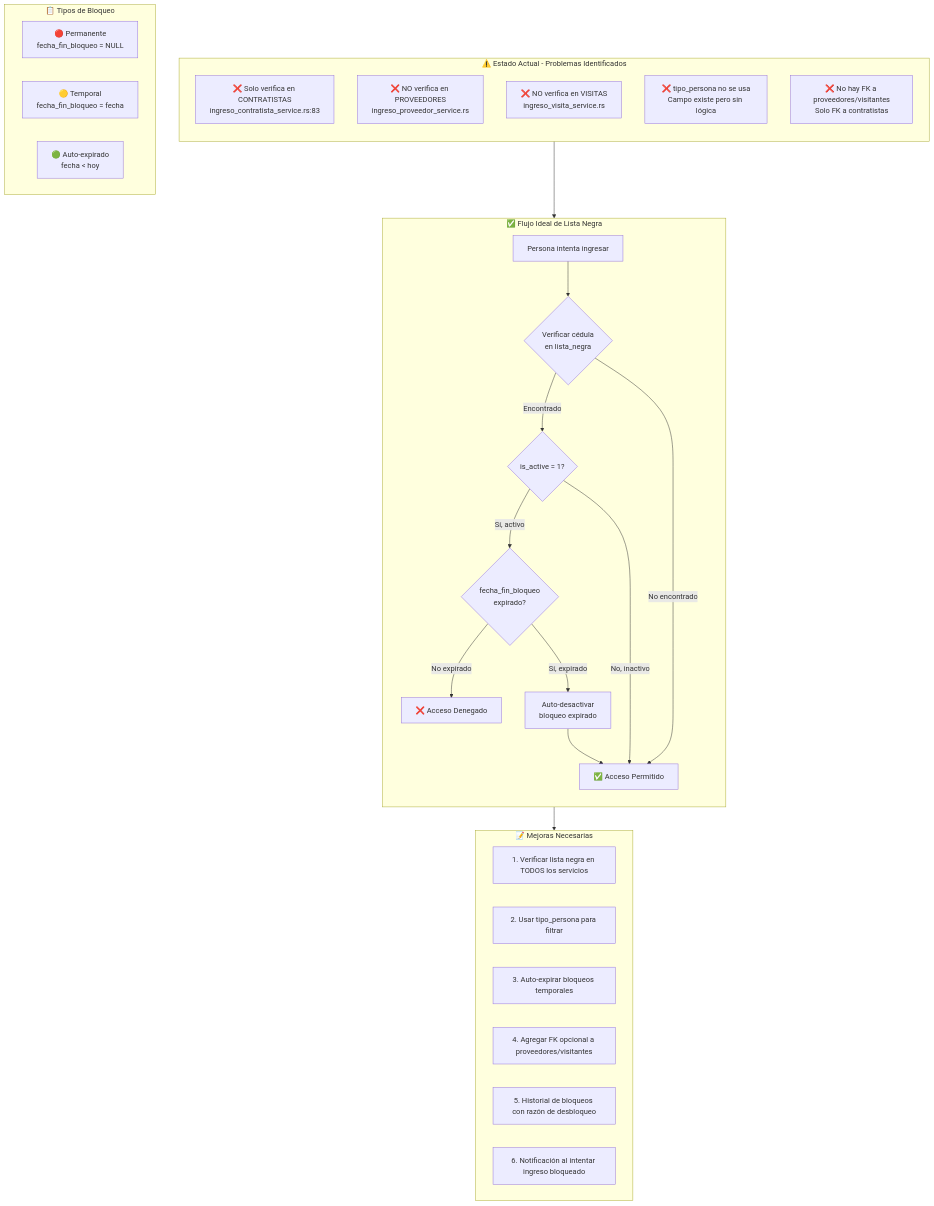
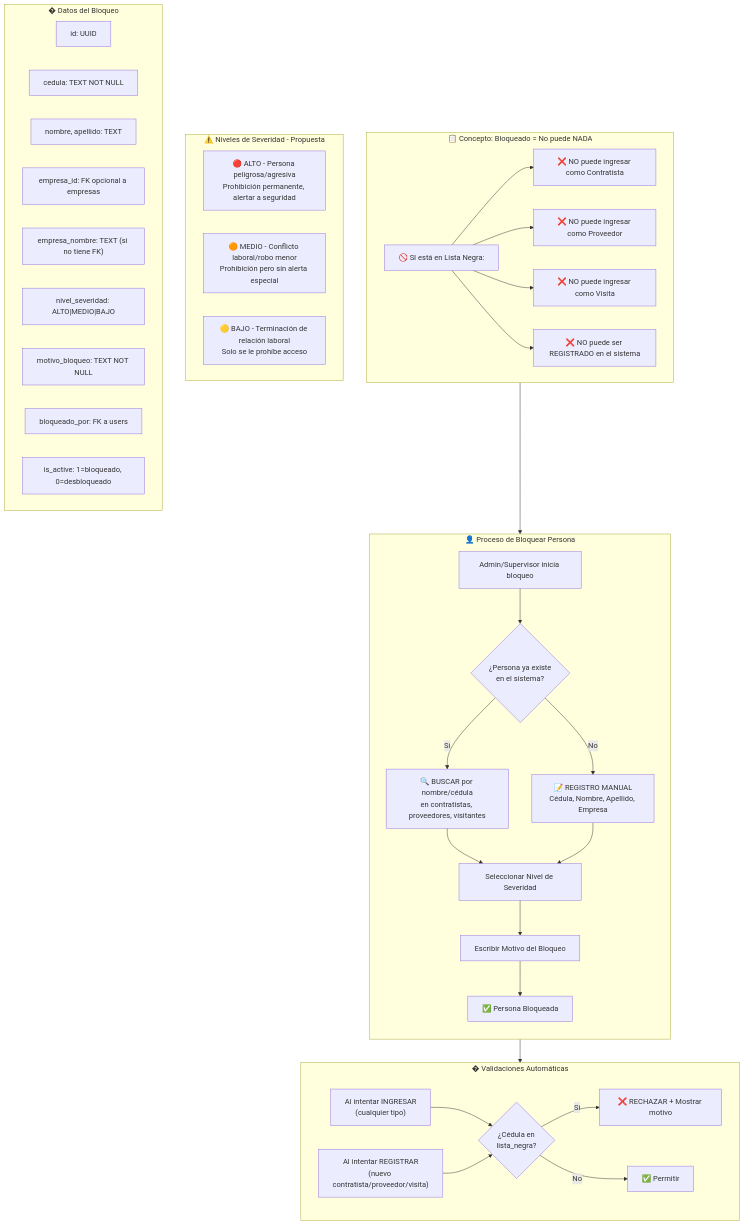
The diagram in docs/diagrams/07_flujo_lista_negra.mmd (DQM27/rust-brisas-app), drawn with Mermaid before and after one commit. The commit also changed 10 other files, not shown here.

First line of the commit message:
feat(lista-negra): Refactor modelo de datos con nivel_severidad

```diff
--- a/docs/diagrams/07_flujo_lista_negra.mmd
+++ b/docs/diagrams/07_flujo_lista_negra.mmd
@@ -1,52 +1,70 @@
-%% Flujo de Lista Negra - Estado Actual y Mejoras
+%% Flujo de Lista Negra - Diseño Corregido
 %% Pegar en https://mermaid.live para visualizar
 
 flowchart TB
-    subgraph ESTADO_ACTUAL["⚠️ Estado Actual - Problemas Identificados"]
+    subgraph CONCEPTO["📋 Concepto: Bloqueado = No puede NADA"]
+        C1["🚫 SI está en Lista Negra:"]
+        C2["❌ NO puede ingresar como Contratista"]
+        C3["❌ NO puede ingresar como Proveedor"]
+        C4["❌ NO puede ingresar como Visita"]
+        C5["❌ NO puede ser REGISTRADO en el sistema"]
+        
+        C1 --> C2
+        C1 --> C3
+        C1 --> C4
+        C1 --> C5
+    end
+
+    subgraph NIVELES["⚠️ Niveles de Severidad - Propuesta"]
+        N1["🔴 ALTO - Persona peligrosa/agresiva<br/>Prohibición permanente, alertar a seguridad"]
+        N2["🟠 MEDIO - Conflicto laboral/robo menor<br/>Prohibición pero sin alerta especial"] 
+        N3["🟡 BAJO - Terminación de relación laboral<br/>Solo se le prohíbe acceso"]
+    end
+
+    subgraph FLUJO_BLOQUEO["👤 Proceso de Bloquear Persona"]
         direction TB
         
-        P1["❌ Solo verifica en CONTRATISTAS<br/>ingreso_contratista_service.rs:83"]
-        P2["❌ NO verifica en PROVEEDORES<br/>ingreso_proveedor_service.rs"]
-        P3["❌ NO verifica en VISITAS<br/>ingreso_visita_service.rs"]
-        P4["❌ tipo_persona no se usa<br/>Campo existe pero sin lógica"]
-        P5["❌ No hay FK a proveedores/visitantes<br/>Solo FK a contratistas"]
+        B1[Admin/Supervisor inicia bloqueo]
+        B2{¿Persona ya existe<br/>en el sistema?}
+        B3["🔍 BUSCAR por nombre/cédula<br/>en contratistas, proveedores, visitantes"]
+        B4["📝 REGISTRO MANUAL<br/>Cédula, Nombre, Apellido, Empresa"]
+        B5["Seleccionar Nivel de Severidad"]
+        B6["Escribir Motivo del Bloqueo"]
+        B7["✅ Persona Bloqueada"]
+        
+        B1 --> B2
+        B2 -->|Sí| B3
+        B2 -->|No| B4
+        B3 --> B5
+        B4 --> B5
+        B5 --> B6
+        B6 --> B7
     end
 
-    subgraph FLUJO_IDEAL["✅ Flujo Ideal de Lista Negra"]
-        direction TB
+    subgraph VALIDACIONES["� Validaciones Automáticas"]
+        V1["Al intentar INGRESAR<br/>(cualquier tipo)"]
+        V2["Al intentar REGISTRAR<br/>(nuevo contratista/proveedor/visita)"]
+        V3{¿Cédula en<br/>lista_negra?}
+        V4["❌ RECHAZAR + Mostrar motivo"]
+        V5["✅ Permitir"]
         
-        I1[Persona intenta ingresar]
-        I2{Verificar cédula<br/>en lista_negra}
-        I3{is_active = 1?}
-        I4{fecha_fin_bloqueo<br/>expirado?}
-        I5[✅ Acceso Permitido]
-        I6[❌ Acceso Denegado]
-        I7[Auto-desactivar<br/>bloqueo expirado]
-        
-        I1 --> I2
-        I2 -->|Encontrado| I3
-        I2 -->|No encontrado| I5
-        I3 -->|Sí, activo| I4
-        I3 -->|No, inactivo| I5
-        I4 -->|No expirado| I6
-        I4 -->|Sí, expirado| I7
-        I7 --> I5
+        V1 --> V3
+        V2 --> V3
+        V3 -->|Sí| V4
+        V3 -->|No| V5
     end
 
-    subgraph CASOS_BLOQUEO["📋 Tipos de Bloqueo"]
-        B1["🔴 Permanente<br/>fecha_fin_bloqueo = NULL"]
-        B2["🟡 Temporal<br/>fecha_fin_bloqueo = fecha"]
-        B3["🟢 Auto-expirado<br/>fecha < hoy"]
+    subgraph DATOS["� Datos del Bloqueo"]
+        D1["id: UUID"]
+        D2["cedula: TEXT NOT NULL"]
+        D3["nombre, apellido: TEXT"]
+        D4["empresa_id: FK opcional a empresas"]
+        D5["empresa_nombre: TEXT (si no tiene FK)"]
+        D6["nivel_severidad: ALTO|MEDIO|BAJO"]
+        D7["motivo_bloqueo: TEXT NOT NULL"]
+        D8["bloqueado_por: FK a users"]
+        D9["is_active: 1=bloqueado, 0=desbloqueado"]
     end
 
-    subgraph MEJORAS["📝 Mejoras Necesarias"]
-        M1["1. Verificar lista negra en TODOS los servicios"]
-        M2["2. Usar tipo_persona para filtrar"]
-        M3["3. Auto-expirar bloqueos temporales"]
-        M4["4. Agregar FK opcional a proveedores/visitantes"]
-        M5["5. Historial de bloqueos con razón de desbloqueo"]
-        M6["6. Notificación al intentar ingreso bloqueado"]
-    end
-
-    ESTADO_ACTUAL --> FLUJO_IDEAL
-    FLUJO_IDEAL --> MEJORAS
+    CONCEPTO --> FLUJO_BLOQUEO
+    FLUJO_BLOQUEO --> VALIDACIONES
```
